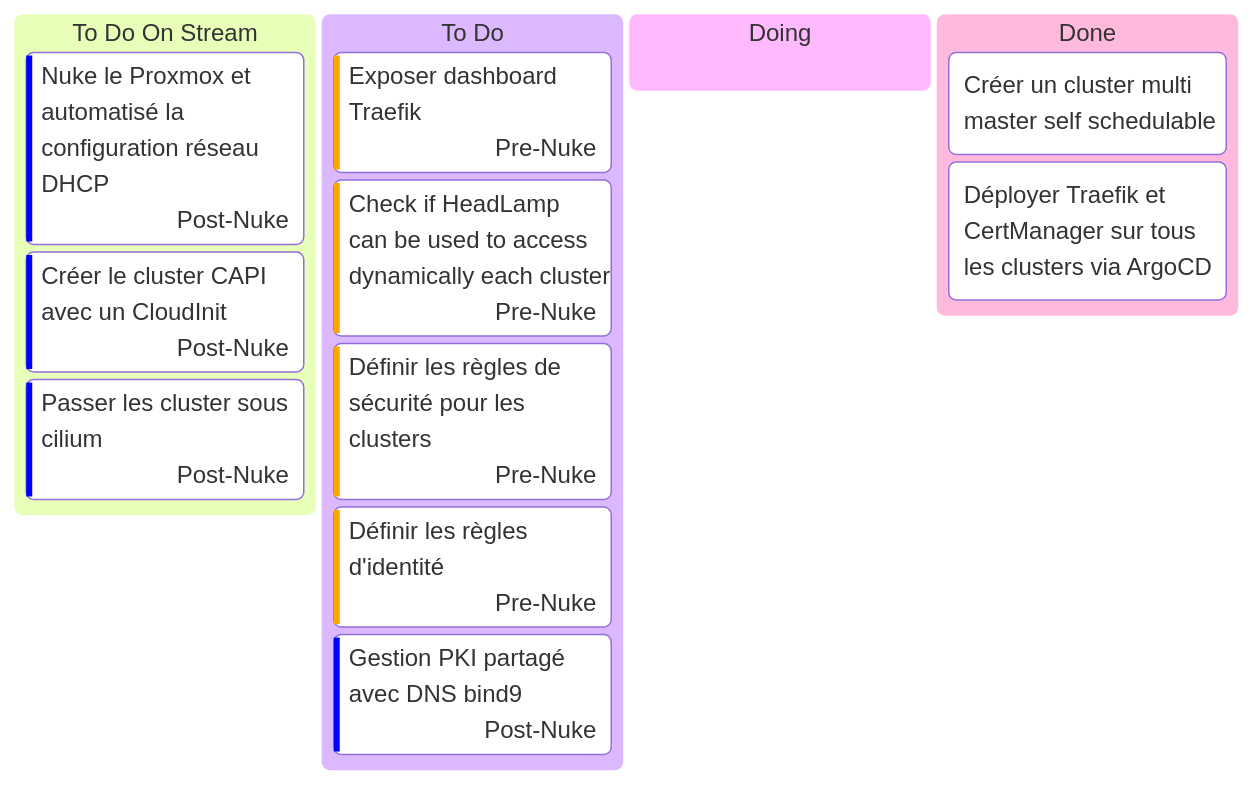
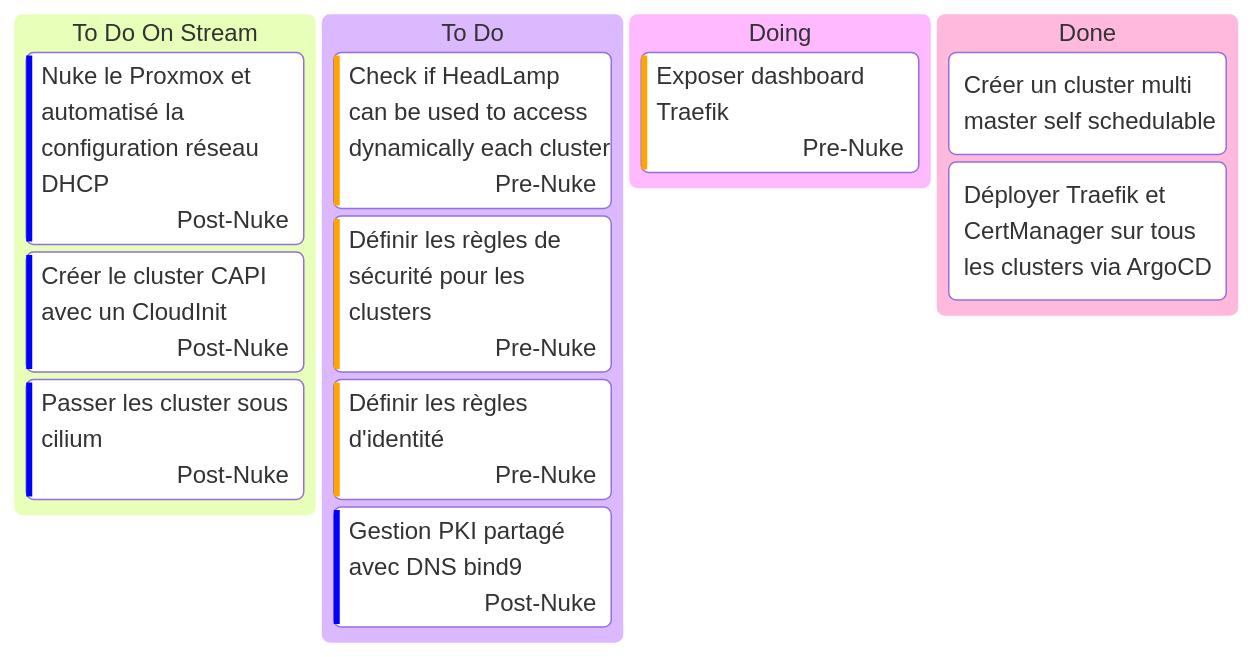
One commit to batleforc/weebo-si changed the diagram in docs/0.introduction/kanban.md. Above: the diagram before and after it, drawn with Mermaid. The commit also changed 1 other file, not shown here.

Commit message:
feat: expose dashboard

````diff
--- a/docs/0.introduction/kanban.md
+++ b/docs/0.introduction/kanban.md
@@ -3,23 +3,24 @@
 ```mermaid
 ---
 config:
   kanban:
     ticketBaseUrl: 'https://github.com/batleforc/weebo-si/issue/#TICKET#'
 ---
 
 kanban
   todoS[To Do On Stream]
     us4[Nuke le Proxmox et automatisé la configuration réseau DHCP]@{ assigned: Post-Nuke, priority: 'Low'}
     us5[Créer le cluster CAPI avec un CloudInit]@{ assigned: Post-Nuke, priority: 'Low'}
     us6[Passer les cluster sous cilium]@{ assigned: Post-Nuke, priority: 'Low'}
   todo[To Do]
-    us7[Exposer dashboard Traefik]@{ assigned: Pre-Nuke, priority: 'High'}
+    
     use8[Check if HeadLamp can be used to access dynamically each cluster]@{ assigned: Pre-Nuke, priority: 'High'}
     us3[Définir les règles de sécurité pour les clusters]@{ assigned: Pre-Nuke, priority: 'High'}
     us8[Définir les règles d'identité]@{ assigned: Pre-Nuke, priority: 'High'}
     us7[Gestion PKI partagé avec DNS bind9]@{ assigned: Post-Nuke, priority: 'Low'}
   doing[Doing]
+    us7[Exposer dashboard Traefik]@{ assigned: Pre-Nuke, priority: 'High'}
   done[Done]
     us1[Créer un cluster multi master self schedulable]
     us2[Déployer Traefik et CertManager sur tous les clusters via ArgoCD]
 ```
````
